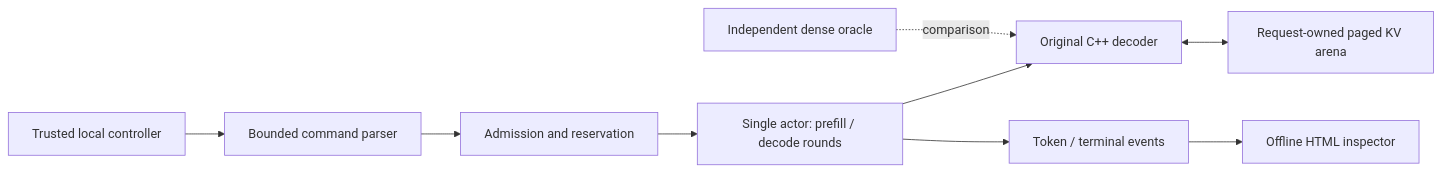
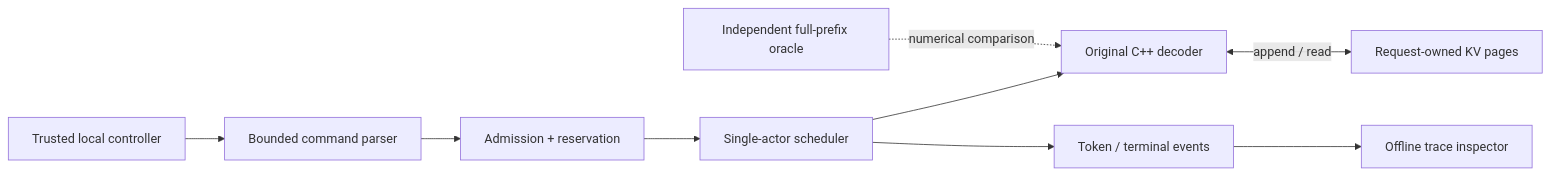
The diagram in README.md (C-X1an/batchquay), drawn with Mermaid before and after one commit. The commit also changed other lines of this file and 7 other files, not shown here.

````diff
--- a/README.md
+++ b/README.md
@@ -43,11 +93,11 @@
 ```mermaid
 flowchart LR
-  C[Trusted local controller] --> P[Bounded command parser]
-  P --> A[Admission and reservation]
-  A --> S[Single actor: prefill / decode rounds]
-  S --> D[Original C++ decoder]
-  D <--> K[Request-owned paged KV arena]
-  S --> E[Token / terminal events]
-  E --> I[Offline HTML inspector]
-  O[Independent dense oracle] -. comparison .-> D
+    C["Trusted local controller"] --> P["Bounded command parser"]
+    P --> A["Admission + reservation"]
+    A --> S["Single-actor scheduler"]
+    S --> D["Original C++ decoder"]
+    D <-->|"append / read"| K["Request-owned KV pages"]
+    S --> E["Token / terminal events"]
+    E --> I["Offline trace inspector"]
+    R["Independent full-prefix oracle"] -. "numerical comparison" .-> D
 ```
````
